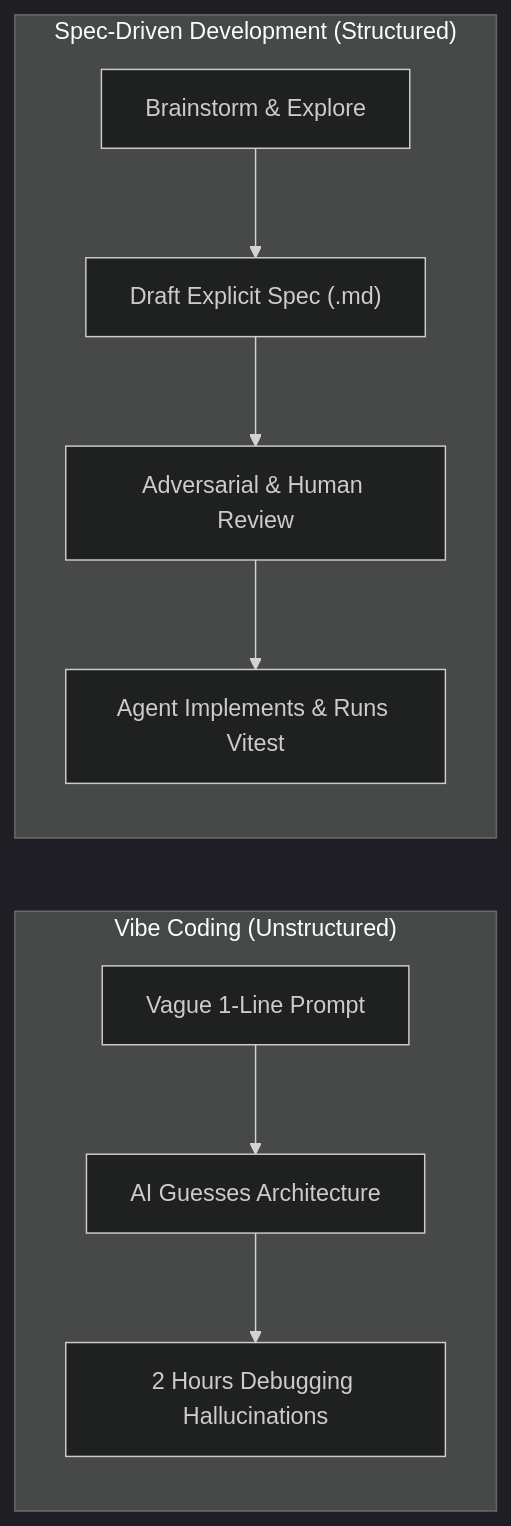
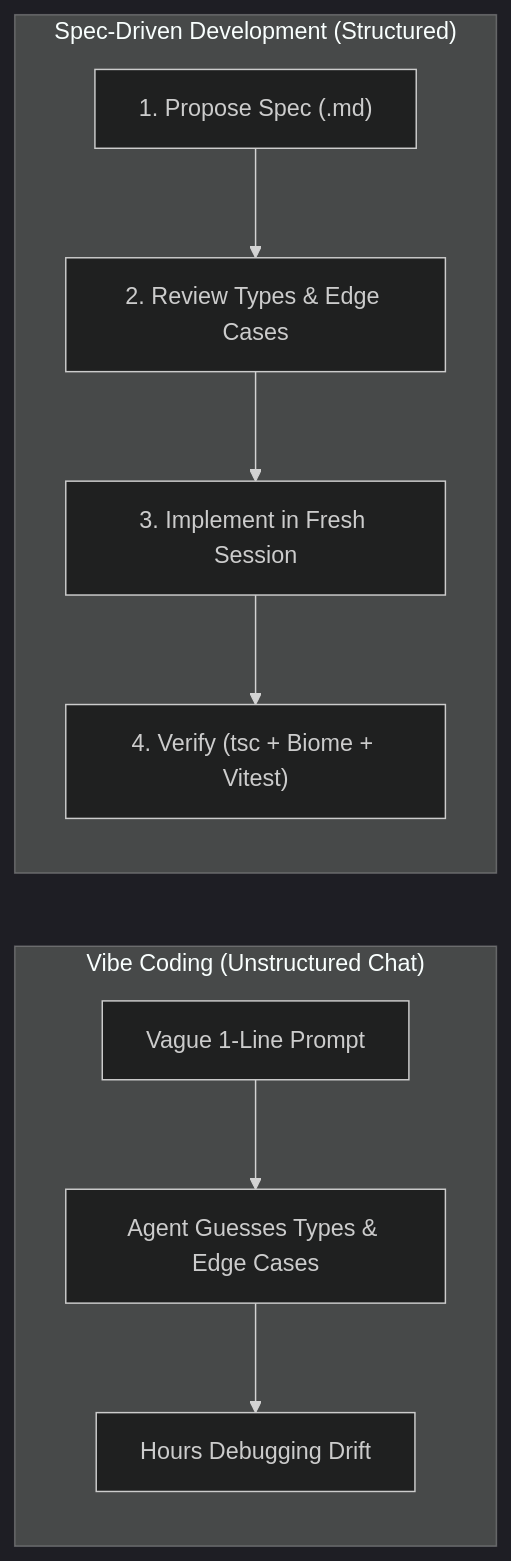
One commit to amitsk/typescript-development-env changed the second of 2 diagrams in 14-llms.md. Above: the diagram before and after it, drawn with Mermaid (dark theme). The commit also changed other lines of this file and 4 other files, not shown here.

Commit message:
Declutter LLMs and Putting It Together chapters, expand OpenSpec, and add Spec Kit and agent-skills links

````diff
--- a/14-llms.md
+++ b/14-llms.md
@@ -71,13 +54,13 @@
 ```mermaid
 flowchart LR
-    subgraph Vibe["Vibe Coding (Unstructured)"]
-        V1["Vague 1-Line Prompt"] --> V2["AI Guesses Architecture"]
-        V2 --> V3["2 Hours Debugging Hallucinations"]
+    subgraph Vibe["Vibe Coding (Unstructured Chat)"]
+        V1["Vague 1-Line Prompt"] --> V2["Agent Guesses Types & Edge Cases"]
+        V2 --> V3["Hours Debugging Drift"]
     end
 
     subgraph SDD["Spec-Driven Development (Structured)"]
-        S1["Brainstorm & Explore"] --> S2["Draft Explicit Spec (.md)"]
-        S2 --> S3["Adversarial & Human Review"]
-        S3 --> S4["Agent Implements & Runs Vitest"]
+        S1["1. Propose Spec (.md)"] --> S2["2. Review Types & Edge Cases"]
+        S2 --> S3["3. Implement in Fresh Session"]
+        S3 --> S4["4. Verify (tsc + Biome + Vitest)"]
     end
 ```
````
